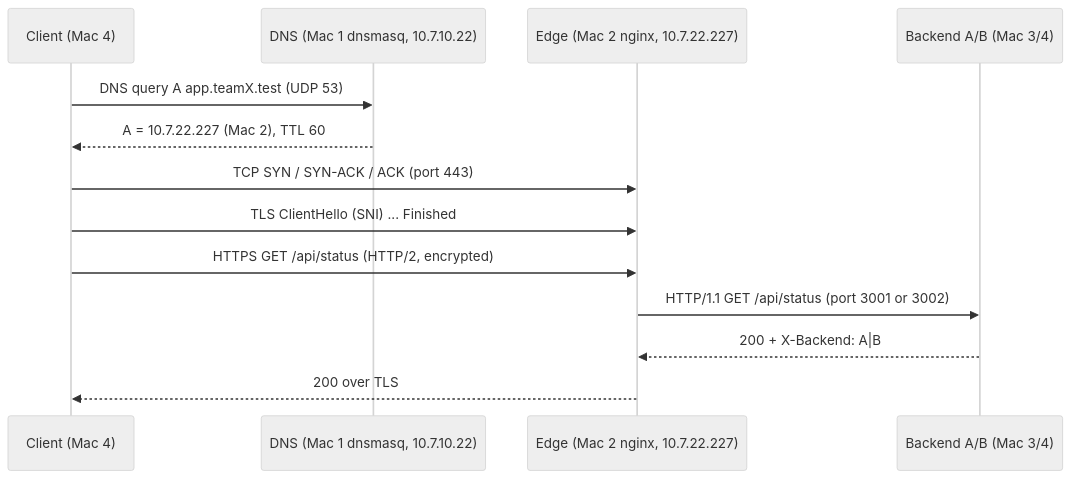
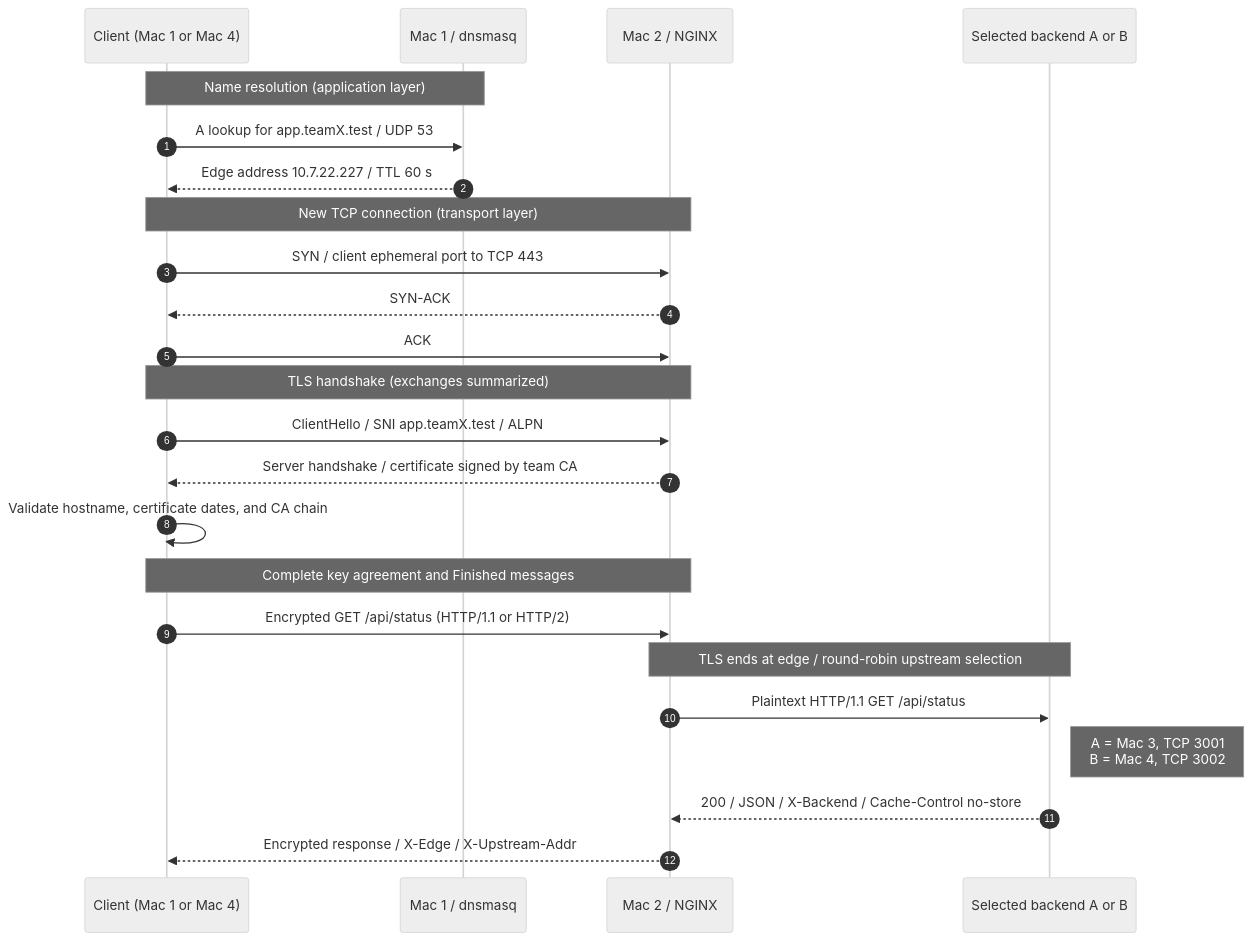
One commit to HusainNST/CN changed the diagram in 01_architecture/request_flow.mmd. Above: the diagram before and after it, drawn with Mermaid (neutral theme). The commit also changed 2 other files, not shown here.

Commit message:
docs(phase1): document project setup and request flow
- Add shared project README with setup, verification, and evidence map.

- Expand request-flow detail for protocol layers, TLS termination, and upstream selection.

```diff
--- a/01_architecture/request_flow.mmd
+++ b/01_architecture/request_flow.mmd
@@ -1,13 +1,28 @@
 sequenceDiagram
-  participant C as Client (Mac 4)
-  participant D as DNS (Mac 1 dnsmasq, 10.7.10.22)
-  participant E as Edge (Mac 2 nginx, 10.7.22.227)
-  participant B as Backend A/B (Mac 3/4)
-  C->>D: DNS query A app.teamX.test (UDP 53)
-  D-->>C: A = 10.7.22.227 (Mac 2), TTL 60
-  C->>E: TCP SYN / SYN-ACK / ACK (port 443)
-  C->>E: TLS ClientHello (SNI) ... Finished
-  C->>E: HTTPS GET /api/status (HTTP/2, encrypted)
-  E->>B: HTTP/1.1 GET /api/status (port 3001 or 3002)
-  B-->>E: 200 + X-Backend: A|B
-  E-->>C: 200 over TLS
+    autonumber
+    participant Client as Client (Mac 1 or Mac 4)
+    participant DNS as Mac 1 / dnsmasq
+    participant Edge as Mac 2 / NGINX
+    participant Backend as Selected backend A or B
+
+    Note over Client,DNS: Name resolution (application layer)
+    Client->>DNS: A lookup for app.teamX.test / UDP 53
+    DNS-->>Client: Edge address 10.7.22.227 / TTL 60 s
+
+    Note over Client,Edge: New TCP connection (transport layer)
+    Client->>Edge: SYN / client ephemeral port to TCP 443
+    Edge-->>Client: SYN-ACK
+    Client->>Edge: ACK
+
+    Note over Client,Edge: TLS handshake (exchanges summarized)
+    Client->>Edge: ClientHello / SNI app.teamX.test / ALPN
+    Edge-->>Client: Server handshake / certificate signed by team CA
+    Client->>Client: Validate hostname, certificate dates, and CA chain
+    Note over Client,Edge: Complete key agreement and Finished messages
+
+    Client->>Edge: Encrypted GET /api/status (HTTP/1.1 or HTTP/2)
+    Note over Edge,Backend: TLS ends at edge / round-robin upstream selection
+    Edge->>Backend: Plaintext HTTP/1.1 GET /api/status
+    Note right of Backend: A = Mac 3, TCP 3001<br/>B = Mac 4, TCP 3002
+    Backend-->>Edge: 200 / JSON / X-Backend / Cache-Control no-store
+    Edge-->>Client: Encrypted response / X-Edge / X-Upstream-Addr
```
